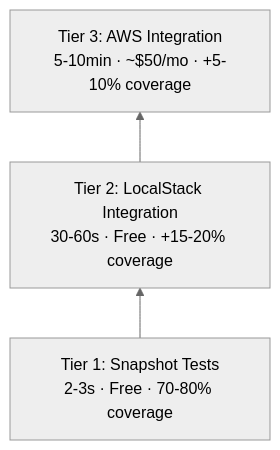
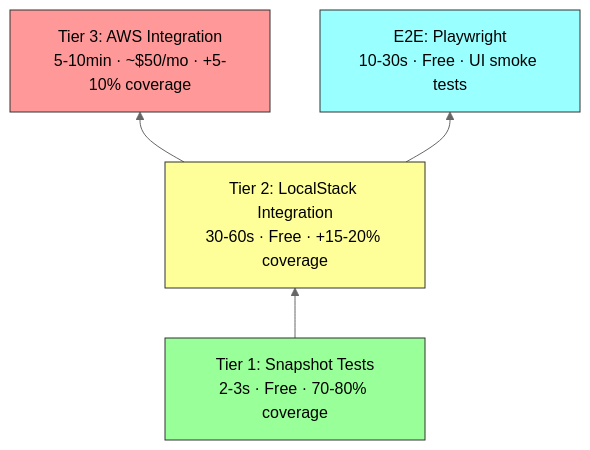
Before and after one commit to nnthanh101/aws-sandbox: the first of 2 diagrams in docs/docs/development/testing-tiers.md, drawn with Mermaid (neutral theme). The commit also changed other lines of this file and 44 other files, not shown here.

Commit message:
Diagrams-as-Code: Mermaid + Python diagrams = text-based, version-controlled

````diff
--- a/docs/docs/development/testing-tiers.md
+++ b/docs/docs/development/testing-tiers.md
@@ -14,8 +14,15 @@
 ```mermaid
 graph BT
     T1[Tier 1: Snapshot Tests<br/>2-3s · Free · 70-80% coverage]
     T2[Tier 2: LocalStack Integration<br/>30-60s · Free · +15-20% coverage]
     T3[Tier 3: AWS Integration<br/>5-10min · ~$50/mo · +5-10% coverage]
+    E2E[E2E: Playwright<br/>10-30s · Free · UI smoke tests]
 
     T1 --> T2 --> T3
+    T2 --> E2E
+
+    style T1 fill:#9f9,stroke:#333
+    style T2 fill:#ff9,stroke:#333
+    style T3 fill:#f99,stroke:#333
+    style E2E fill:#9ff,stroke:#333
 ```
````
